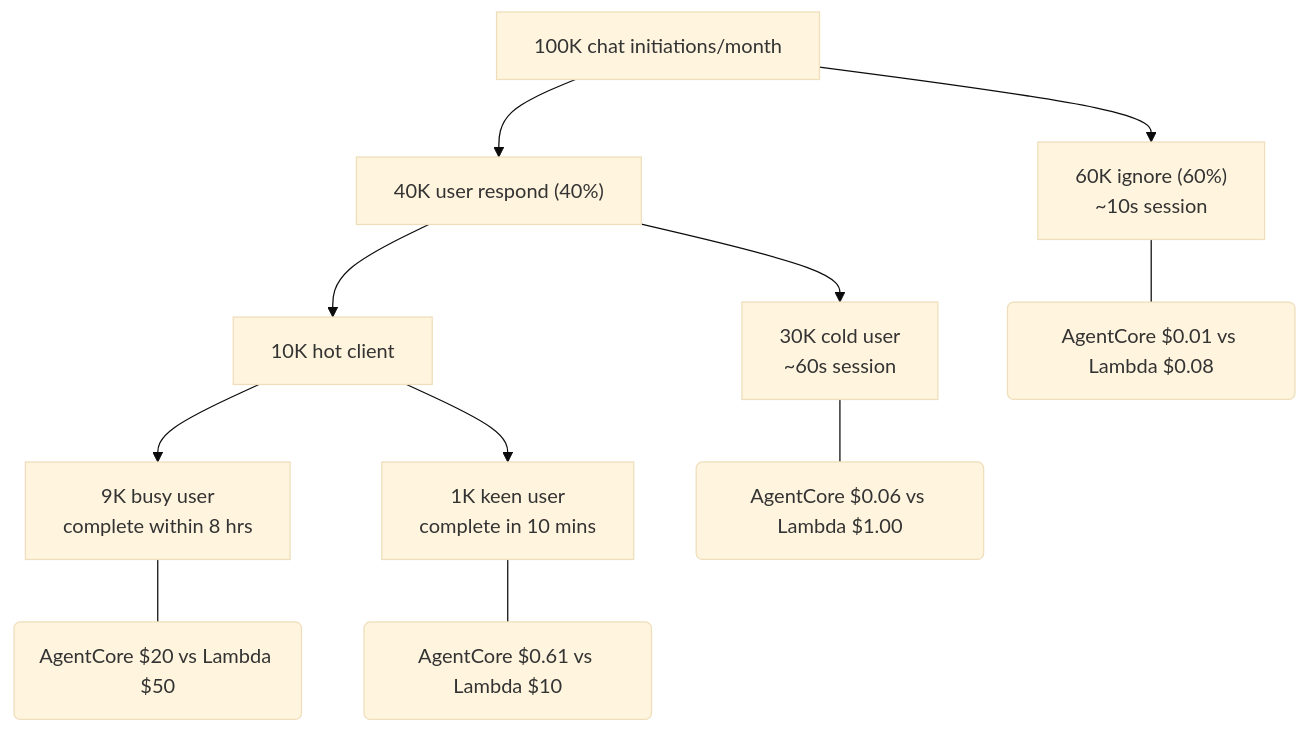
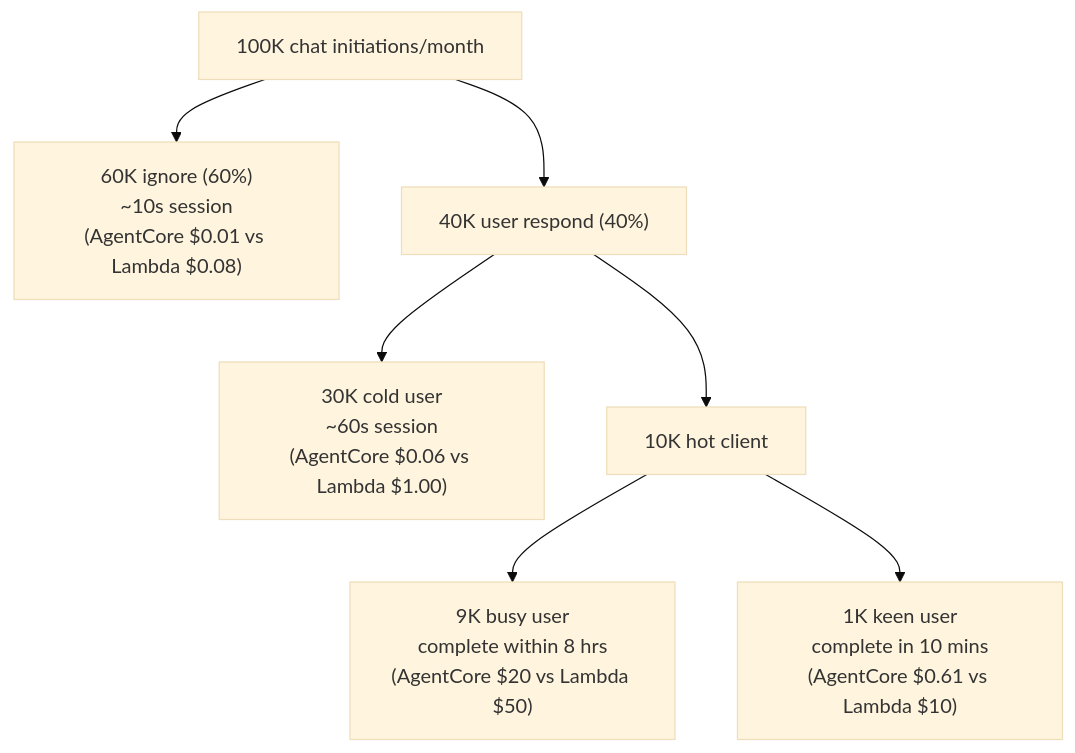
The first of 3 diagrams in README.md (kb-tan/agentcore-poc), drawn with Mermaid (base theme) before and after one commit.

Commit message:
Inline cost comparisons into funnel diagram nodes
Remove separate annotation boxes and merge per-tier cost
comparisons directly into the session node labels for a
cleaner, more readable flowchart.

Made-with: Cursor

````diff
--- a/README.md
+++ b/README.md
@@ -11,14 +11,9 @@
 ```mermaid
 flowchart TD
-    start["100K chat initiations/month"] --> ignore["60K ignore (60%)\n~10s session"]
+    start["100K chat initiations/month"] --> ignore["60K ignore (60%)\n~10s session\n(AgentCore $0.01 vs Lambda $0.08)"]
     start --> respond["40K user respond (40%)"]
-    respond --> cold["30K cold user\n~60s session"]
+    respond --> cold["30K cold user\n~60s session\n(AgentCore $0.06 vs Lambda $1.00)"]
     respond --> hot["10K hot client"]
-    hot --> busy["9K busy user\ncomplete within 8 hrs"]
-    hot --> keen["1K keen user\ncomplete in 10 mins"]
-
-    ignore --- ig_cost("AgentCore $0.01 vs Lambda $0.08")
-    cold --- co_cost("AgentCore $0.06 vs Lambda $1.00")
-    keen --- ke_cost("AgentCore $0.61 vs Lambda $10")
-    busy --- bu_cost("AgentCore $20 vs Lambda $50")
+    hot --> busy["9K busy user\ncomplete within 8 hrs\n(AgentCore $20 vs Lambda $50)"]
+    hot --> keen["1K keen user\ncomplete in 10 mins\n(AgentCore $0.61 vs Lambda $10)"]
 ```
````
